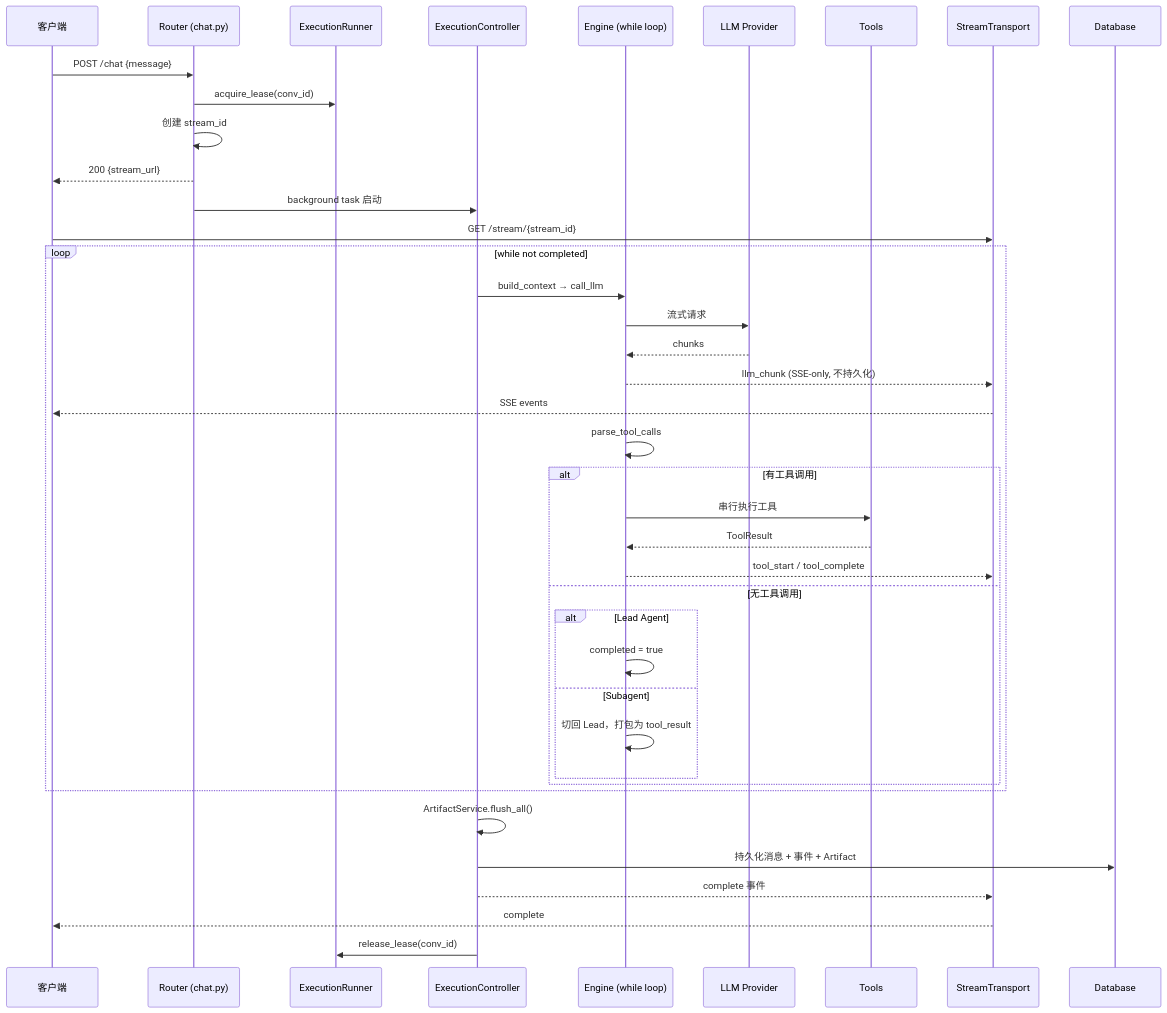
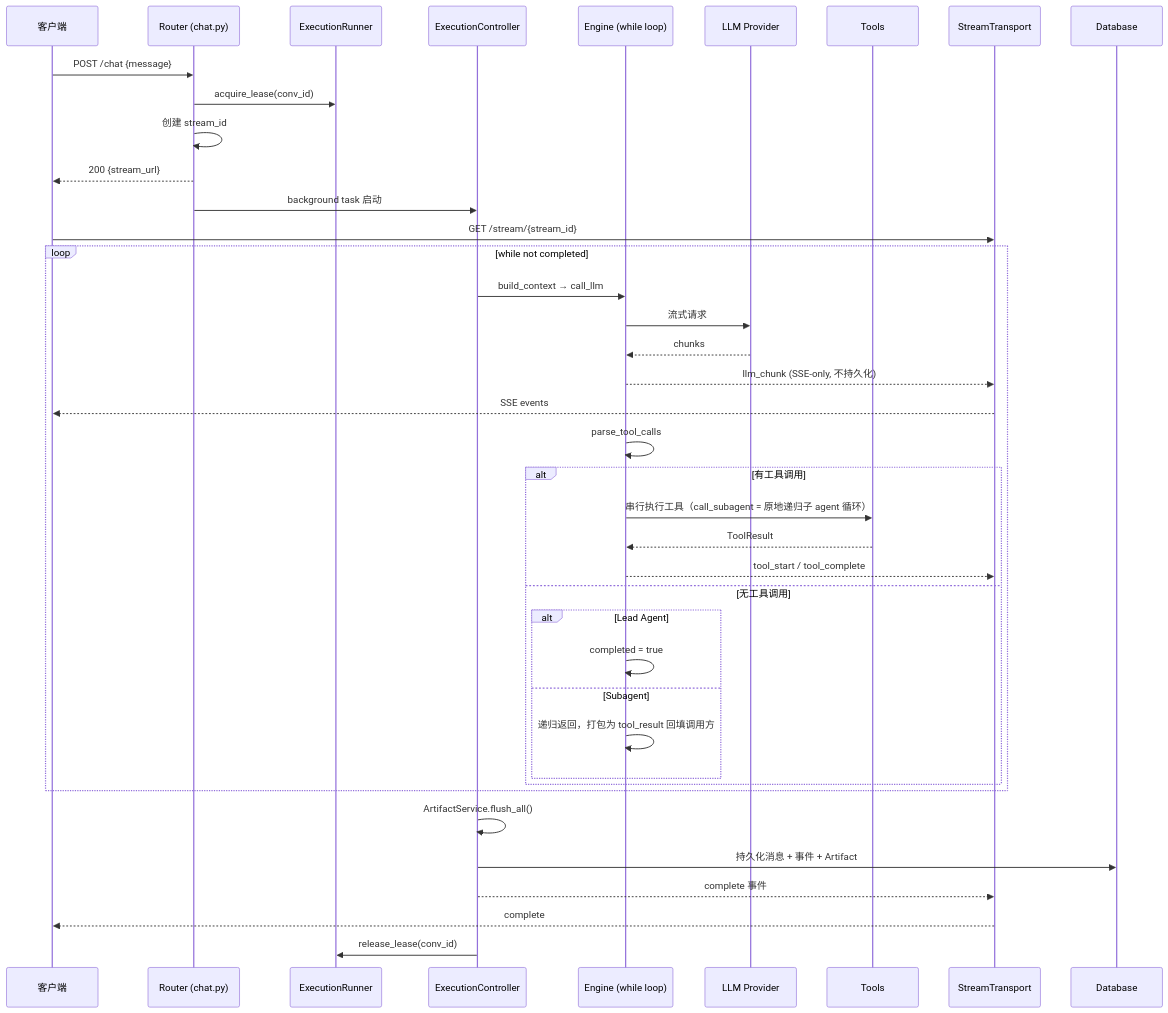
One commit to Neutrino1998/artifact-flow changed the third of 4 diagrams in docs/architecture/overview.md. Above: the diagram before and after it, drawn with Mermaid. The commit also changed other lines of this file and 13 other files, not shown here.

First line of the commit message:
refactor(engine): call_subagent 原地递归(嵌套串行),同轮混合调用按自然序执行

````diff
--- a/docs/architecture/overview.md
+++ b/docs/architecture/overview.md
@@ -78,47 +78,47 @@
 ```mermaid
 sequenceDiagram
     participant C as 客户端
     participant R as Router (chat.py)
     participant Runner as ExecutionRunner
     participant Ctrl as ExecutionController
     participant E as Engine (while loop)
     participant LLM as LLM Provider
     participant T as Tools
     participant SSE as StreamTransport
     participant DB as Database
 
     C->>R: POST /chat {message}
     R->>Runner: acquire_lease(conv_id)
     R->>R: 创建 stream_id
     R-->>C: 200 {stream_url}
     R->>Ctrl: background task 启动
 
     C->>SSE: GET /stream/{stream_id}
 
     loop while not completed
         Ctrl->>E: build_context → call_llm
         E->>LLM: 流式请求
         LLM-->>E: chunks
         E-->>SSE: llm_chunk (SSE-only, 不持久化)
         SSE-->>C: SSE events
 
         E->>E: parse_tool_calls
         alt 有工具调用
-            E->>T: 串行执行工具
+            E->>T: 串行执行工具（call_subagent = 原地递归子 agent 循环）
             T-->>E: ToolResult
             E-->>SSE: tool_start / tool_complete
         else 无工具调用
             alt Lead Agent
                 E->>E: completed = true
             else Subagent
-                E->>E: 切回 Lead，打包为 tool_result
+                E->>E: 递归返回，打包为 tool_result 回填调用方
             end
         end
     end
 
     Ctrl->>Ctrl: ArtifactService.flush_all()
     Ctrl->>DB: 持久化消息 + 事件 + Artifact
     Ctrl-->>SSE: complete 事件
     SSE-->>C: complete
     Ctrl->>Runner: release_lease(conv_id)
 ```
````
